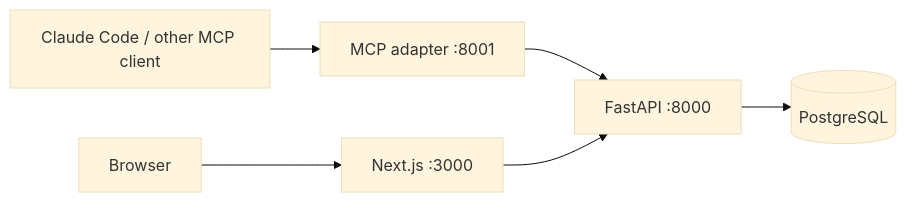
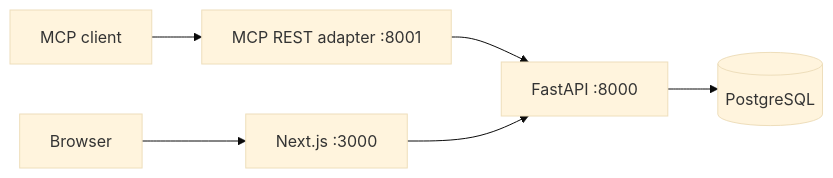
The second of 2 diagrams in docs/architecture.md (RightBrain-Networks/mnemonic), drawn with Mermaid (base theme) before and after one commit. The commit also changed other lines of this file and 73 other files, not shown here.

````diff
--- a/docs/architecture.md
+++ b/docs/architecture.md
@@ -27,8 +56,8 @@
 ```mermaid
 flowchart LR
-    Agent[Claude Code / other MCP client] --> MCP[MCP adapter :8001]
+    Agent[MCP client] --> MCP[MCP REST adapter :8001]
     MCP --> API[FastAPI :8000]
     User[Browser] --> Web[Next.js :3000]
     Web --> API
     API --> DB[(PostgreSQL)]
 ```
````
